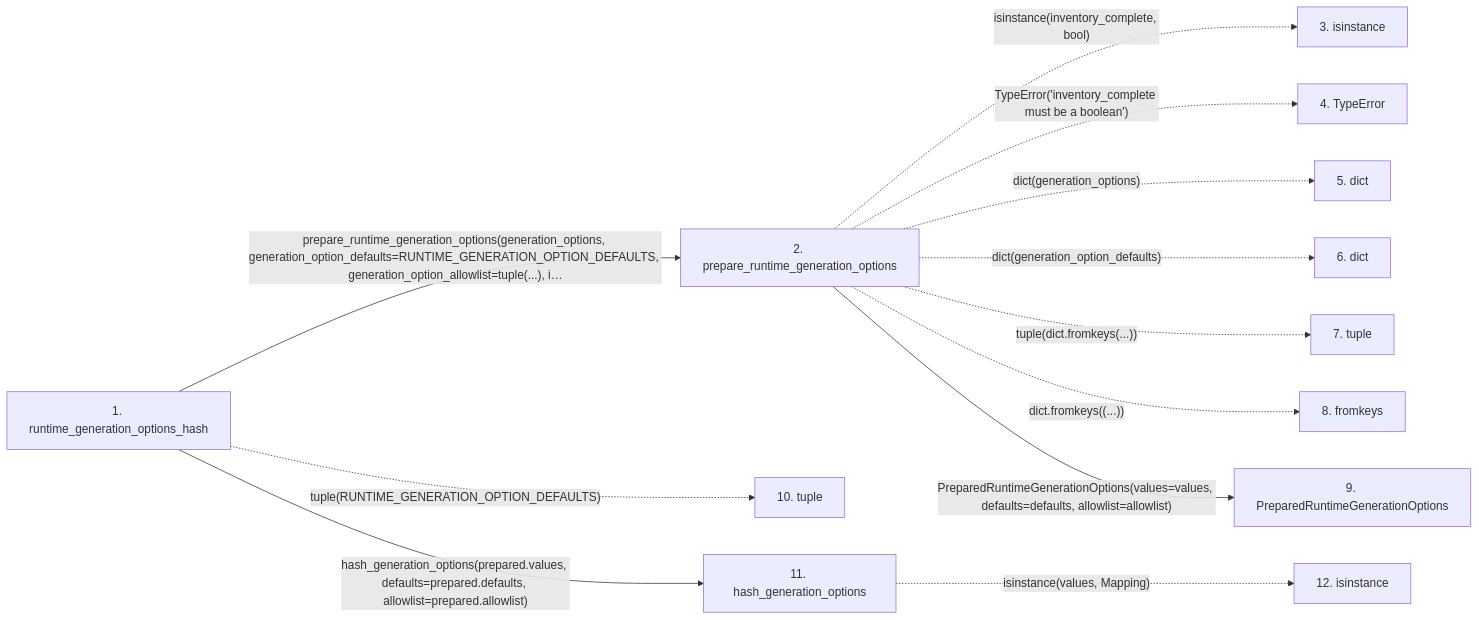
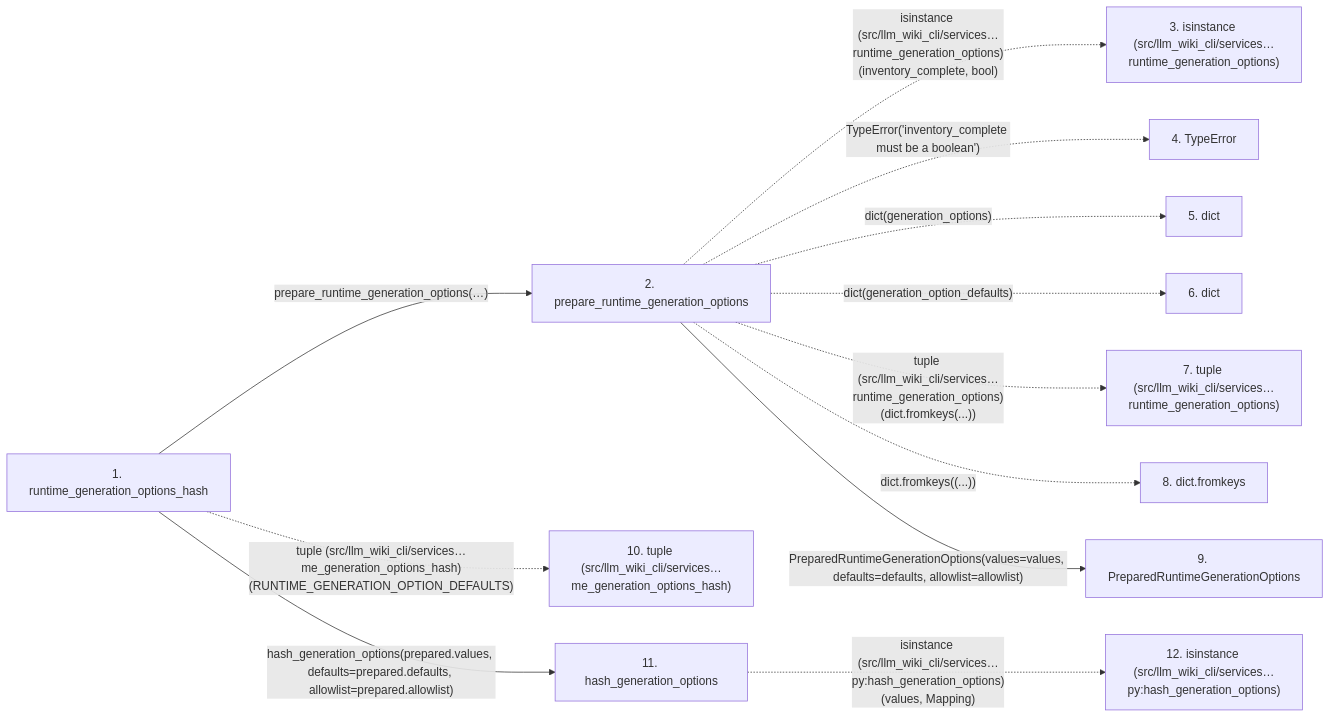
Before and after one commit to Denissvgn/python-wiki-llm: the second of 2 diagrams in docs/llm_wiki/flows/api-runtime_generation_options_hash.md, drawn with Mermaid. The commit also changed other lines of this file and 719 other files, not shown here.

````diff
--- a/docs/llm_wiki/flows/api-runtime_generation_options_hash.md
+++ b/docs/llm_wiki/flows/api-runtime_generation_options_hash.md
@@ -65,30 +70,30 @@
 ```mermaid
 flowchart LR
     s1["1. runtime_generation_options_hash"]
     s2["2. prepare_runtime_generation_options"]
-    s3["3. isinstance"]
+    s3["3. isinstance (src/llm_wiki_cli/services…runtime_generation_options)"]
     s4["4. TypeError"]
     s5["5. dict"]
     s6["6. dict"]
-    s7["7. tuple"]
-    s8["8. fromkeys"]
+    s7["7. tuple (src/llm_wiki_cli/services…runtime_generation_options)"]
+    s8["8. dict.fromkeys"]
     s9["9. PreparedRuntimeGenerationOptions"]
-    s10["10. tuple"]
+    s10["10. tuple (src/llm_wiki_cli/services…me_generation_options_hash)"]
     s11["11. hash_generation_options"]
-    s12["12. isinstance"]
-    s1 -->|"prepare_runtime_generation_options(generation_options, generation_option_defaults=RUNTIME_GENERATION_OPTION_DEFAULTS, generation_option_allowlist=tuple(...), i…"| s2
-    s2 -. "isinstance(inventory_complete, bool)" .-> s3
+    s12["12. isinstance (src/llm_wiki_cli/services…py:hash_generation_options)"]
+    s1 -->|"prepare_runtime_generation_options(…)"| s2
+    s2 -. "isinstance (src/llm_wiki_cli/services…runtime_generation_options)(inventory_complete, bool)" .-> s3
     s2 -. "TypeError('inventory_complete must be a boolean')" .-> s4
     s2 -. "dict(generation_options)" .-> s5
     s2 -. "dict(generation_option_defaults)" .-> s6
-    s2 -. "tuple(dict.fromkeys(...))" .-> s7
+    s2 -. "tuple (src/llm_wiki_cli/services…runtime_generation_options)(dict.fromkeys(...))" .-> s7
     s2 -. "dict.fromkeys((...))" .-> s8
     s2 -->|"PreparedRuntimeGenerationOptions(values=values, defaults=defaults, allowlist=allowlist)"| s9
-    s1 -. "tuple(RUNTIME_GENERATION_OPTION_DEFAULTS)" .-> s10
+    s1 -. "tuple (src/llm_wiki_cli/services…me_generation_options_hash)(RUNTIME_GENERATION_OPTION_DEFAULTS)" .-> s10
     s1 -->|"hash_generation_options(prepared.values, defaults=prepared.defaults, allowlist=prepared.allowlist)"| s11
-    s11 -. "isinstance(values, Mapping)" .-> s12
+    s11 -. "isinstance (src/llm_wiki_cli/services…py:hash_generation_options)(values, Mapping)" .-> s12
     click s1 "../modules/knowledge_orchestration.md"
     click s2 "../modules/knowledge_orchestration.md"
     click s9 "../modules/knowledge_orchestration.md"
     click s11 "../modules/knowledge_envelope.md"
 ```
````
